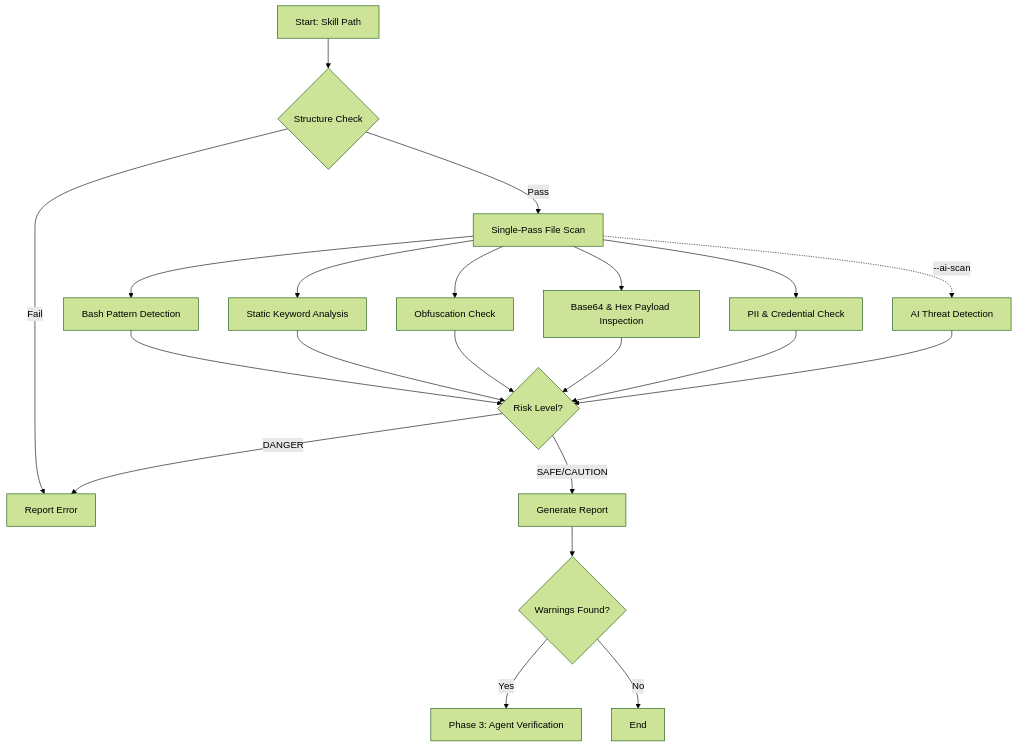
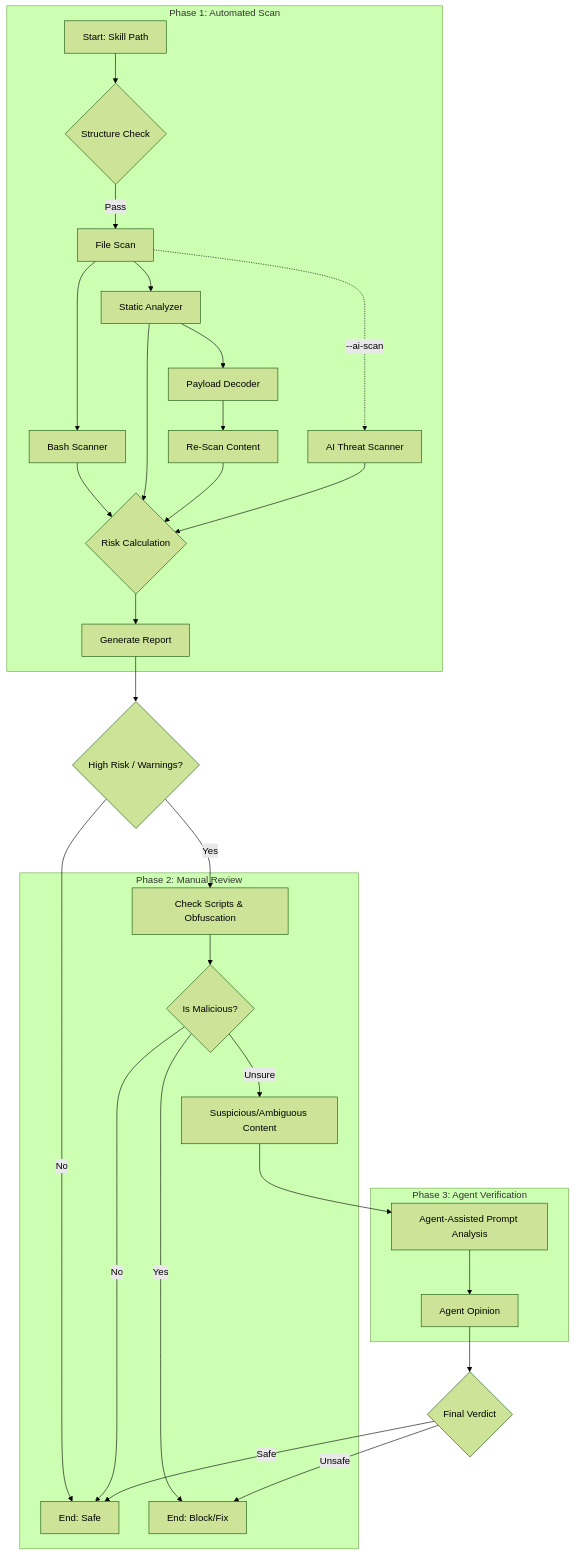
The diagram in skills/skill-validator/SKILL.md (MatrixFounder/Universal-skills), drawn with Mermaid (forest theme) before and after one commit. The commit also changed 1 other file, not shown here.

Commit message:
skill-verifier schema refinement

````diff
--- a/skills/skill-validator/SKILL.md
+++ b/skills/skill-validator/SKILL.md
@@ -74,18 +74,36 @@
 ```mermaid
 graph TD
-    A[Start: Skill Path] --> B{Structure Check}
-    B -- Fail --> Z[Report Error]
-    B -- Pass --> C[Single-Pass File Scan]
-    C --> D[Bash Pattern Detection]
-    C --> E[Static Keyword Analysis]
-    C --> F[Obfuscation Check]
-    C --> G[Base64 & Hex Payload Inspection]
-    C --> P[PII & Credential Check]
-    C -.->|--ai-scan| K[AI Threat Detection]
-    D & E & F & G & P & K --> H{Risk Level?}
-    H -- DANGER --> Z
-    H -- SAFE/CAUTION --> I[Generate Report]
-    I --> J{Warnings Found?}
-    J -- Yes --> L[Phase 3: Agent Verification]
-    J -- No --> M[End]
+    subgraph Phase1 [Phase 1: Automated Scan]
+        A[Start: Skill Path] --> B{Structure Check}
+        B -- Pass --> C[File Scan]
+        C --> D[Bash Scanner]
+        C --> E[Static Analyzer]
+        E --> F[Payload Decoder]
+        F --> G[Re-Scan Content]
+        C -.->|--ai-scan| H[AI Threat Scanner]
+        D & E & G & H --> I{Risk Calculation}
+        I --> J[Generate Report]
+    end
+
+    J --> K{High Risk / Warnings?}
+    K -- No --> Z1[End: Safe]
+    K -- Yes --> L
+
+    subgraph Phase2 [Phase 2: Manual Review]
+        L[Check Scripts & Obfuscation]
+        L --> M{Is Malicious?}
+        M -- Yes --> Z2[End: Block/Fix]
+        M -- No --> Z1
+        M -- Unsure --> N
+    end
+
+    subgraph Phase3 [Phase 3: Agent Verification]
+        N[Suspicious/Ambiguous Content]
+        N --> O[Agent-Assisted Prompt Analysis]
+        O --> P[Agent Opinion]
+    end
+
+    P --> Q{Final Verdict}
+    Q -- Safe --> Z1
+    Q -- Unsafe --> Z2
 ```
````
